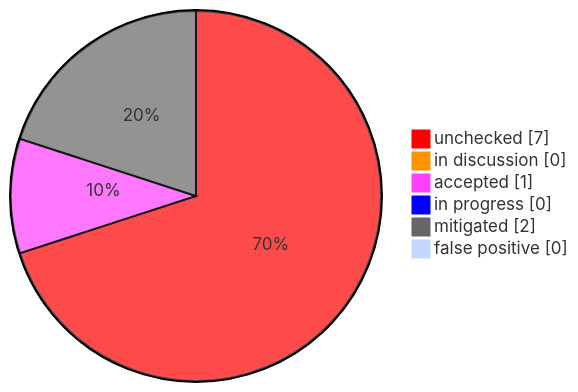
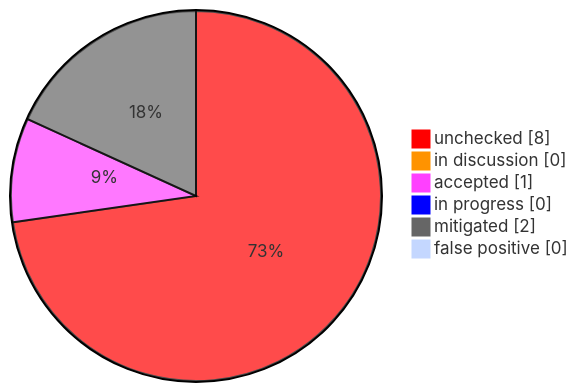
Before and after one commit to 0x3f8/threat-model-demo: the second of 2 diagrams in report/adocReport/010_ManagementSummary.adoc, drawn with Mermaid. The commit also changed other lines of this file and 21 other files, not shown here.

```diff
--- a/report/adocReport/010_ManagementSummary.adoc
+++ b/report/adocReport/010_ManagementSummary.adoc
@@ -35,11 +35,11 @@
 [mermaid]
 ....
 %%{init: {'pie' : {'textPosition' : 0.5}, 'theme': 'base', 'themeVariables': { 'pie1': '#FF0000', 'pie2': '#FF9300', 'pie3': '#FF40FF', 'pie4': '#0000FF', 'pie5': '#008F00', 'pie5': '#666666'}}}%%
 pie showData
-  "unchecked" : 7
+  "unchecked" : 8
   "in discussion" : 0
   "accepted" : 1
   "in progress" : 0
   "mitigated" : 2
   "false positive" : 0
 ....
```
